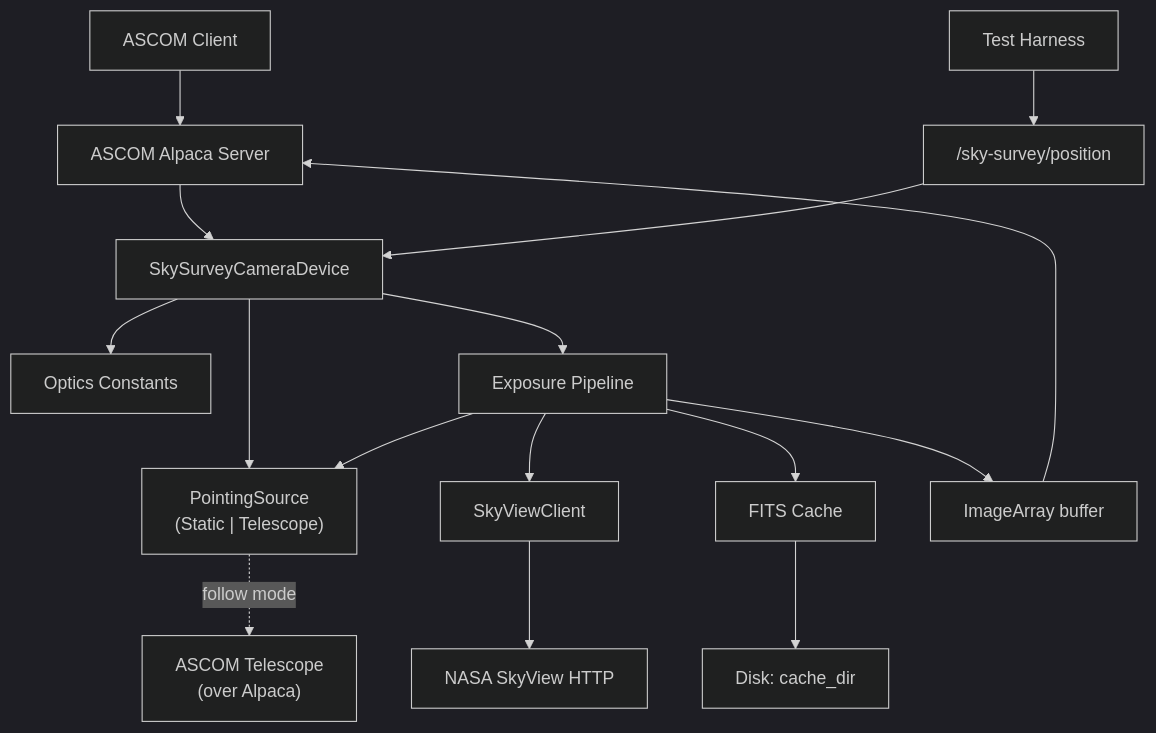
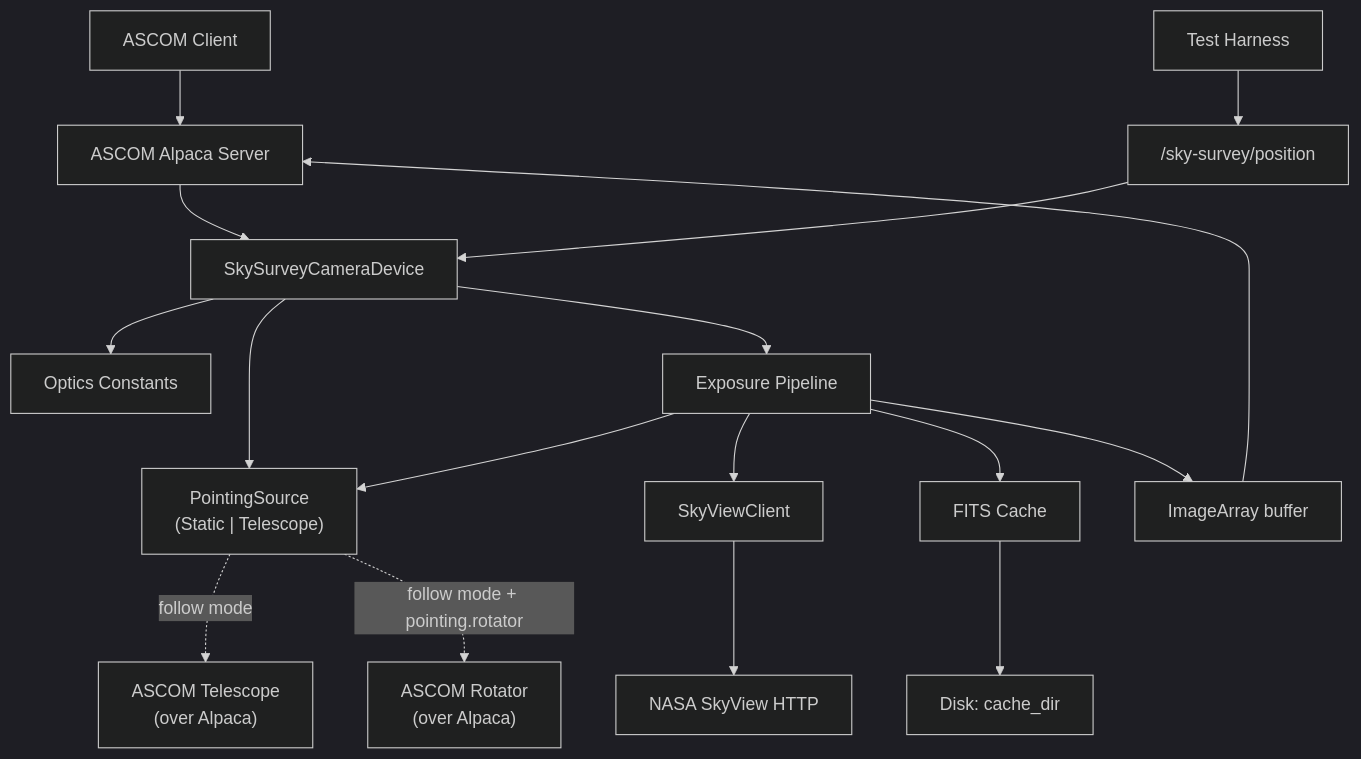
The diagram in docs/services/sky-survey-camera.md (ivonnyssen/rusty-photon), drawn with Mermaid (dark theme) before and after one commit. The commit also changed other lines of this file and 13 other files, not shown here.

````diff
--- a/docs/services/sky-survey-camera.md
+++ b/docs/services/sky-survey-camera.md
@@ -501,18 +554,19 @@
 ```mermaid
 graph TD;
     A[ASCOM Client] --> B[ASCOM Alpaca Server];
     A2[Test Harness] --> B2["/sky-survey/position"];
     B --> C[SkySurveyCameraDevice];
     B2 --> C;
     C --> D[Optics Constants];
     C --> PS["PointingSource<br/>(Static | Telescope)"];
     PS -. follow mode .-> M["ASCOM Telescope<br/>(over Alpaca)"];
+    PS -. "follow mode + pointing.rotator" .-> R["ASCOM Rotator<br/>(over Alpaca)"];
     C --> F[Exposure Pipeline];
     F --> PS;
     F --> G[SkyViewClient];
     G --> I[NASA SkyView HTTP];
     F --> J[FITS Cache];
     J --> K[Disk: cache_dir];
     F --> L[ImageArray buffer];
     L --> B;
 ```
````
